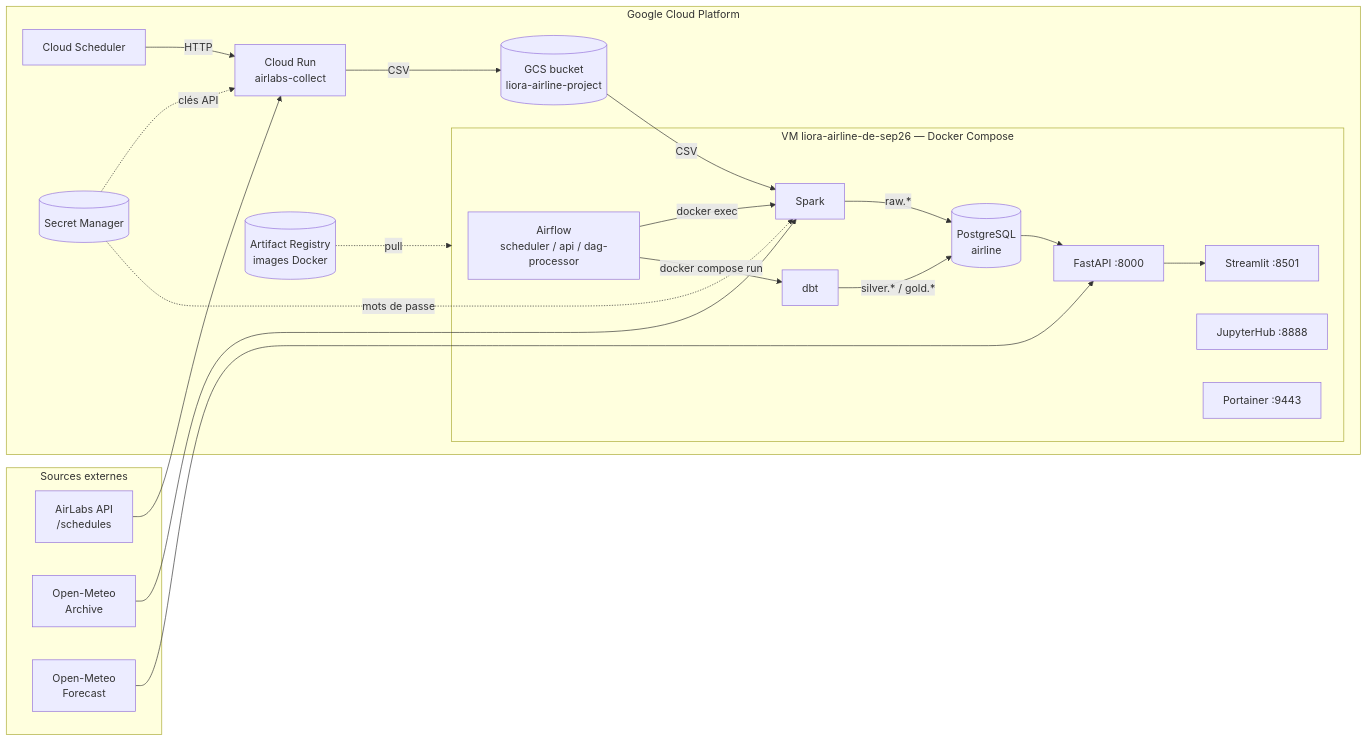
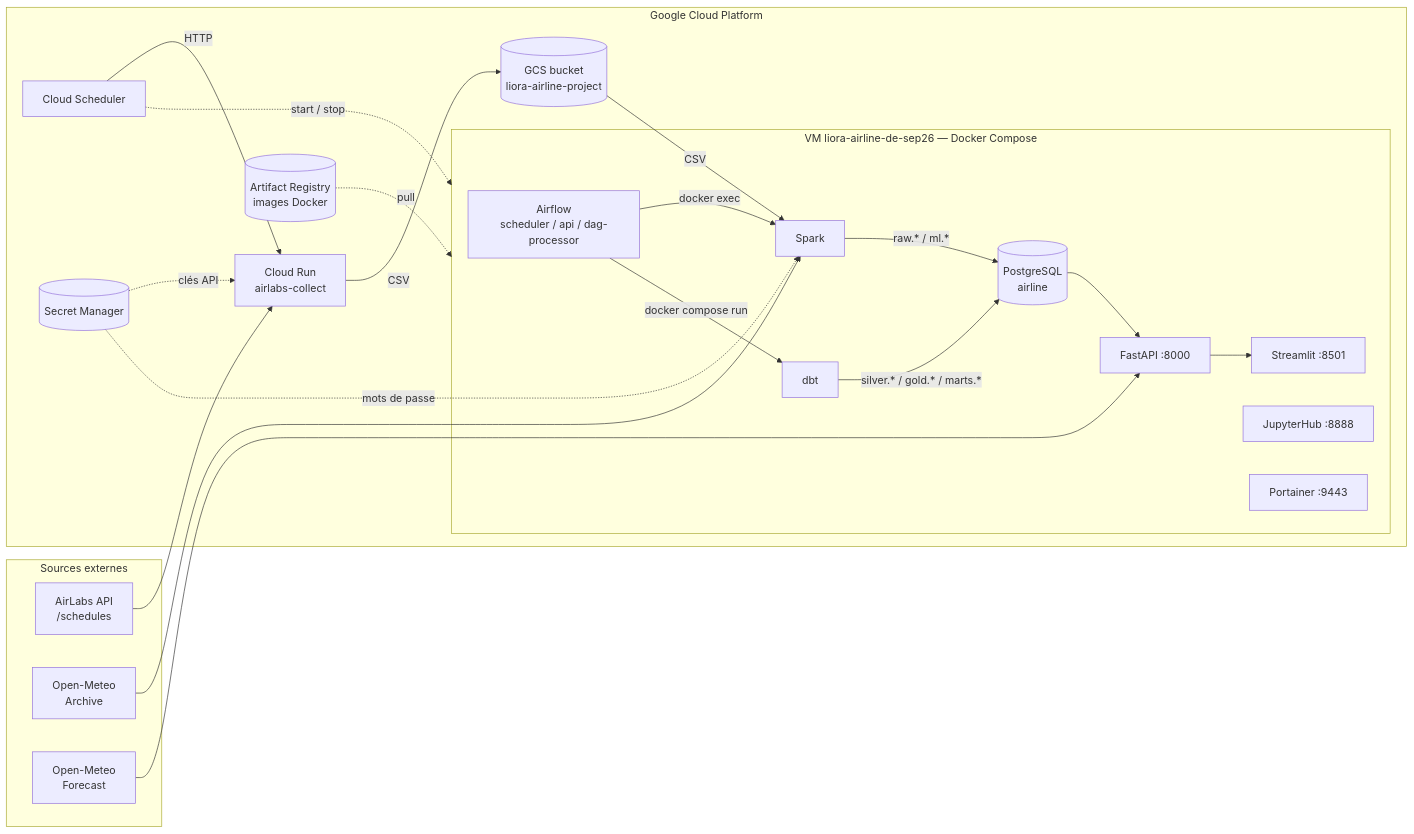
The first of 3 diagrams in docs/DOCUMENTATION_TECHNIQUE.md (DataScientest-Studio/sep26_bde_fr_dst_airlines), drawn with Mermaid before and after one commit. The commit also changed other lines of this file, not shown here.

````diff
--- a/docs/DOCUMENTATION_TECHNIQUE.md
+++ b/docs/DOCUMENTATION_TECHNIQUE.md
@@ -47,41 +48,42 @@
 ```mermaid
 flowchart LR
     subgraph EXT[Sources externes]
         AL[AirLabs API<br/>/schedules]
         OMA[Open-Meteo<br/>Archive]
         OMF[Open-Meteo<br/>Forecast]
     end
 
     subgraph GCP[Google Cloud Platform]
         SCH[Cloud Scheduler] -->|HTTP| CR[Cloud Run<br/>airlabs-collect]
+        SCH -.start / stop.-> VM
         SM[(Secret Manager)]
         GCS[(GCS bucket<br/>liora-airline-project)]
         AR[(Artifact Registry<br/>images Docker)]
 
         subgraph VM[VM liora-airline-de-sep26 — Docker Compose]
             AF[Airflow<br/>scheduler / api / dag-processor]
             SP[Spark]
             DBT[dbt]
             PG[(PostgreSQL<br/>airline)]
             API[FastAPI :8000]
             ST[Streamlit :8501]
             JH[JupyterHub :8888]
             PT[Portainer :9443]
         end
     end
 
     AL --> CR
     SM -.clés API.-> CR
     CR -->|CSV| GCS
     AF -->|docker exec| SP
     AF -->|docker compose run| DBT
     GCS -->|CSV| SP
     OMA --> SP
     SM -.mots de passe.-> SP
-    SP -->|raw.*| PG
-    DBT -->|silver.* / gold.*| PG
+    SP -->|raw.* / ml.*| PG
+    DBT -->|silver.* / gold.* / marts.*| PG
     PG --> API
     OMF --> API
     API --> ST
     AR -.pull.-> VM
 ```
````
